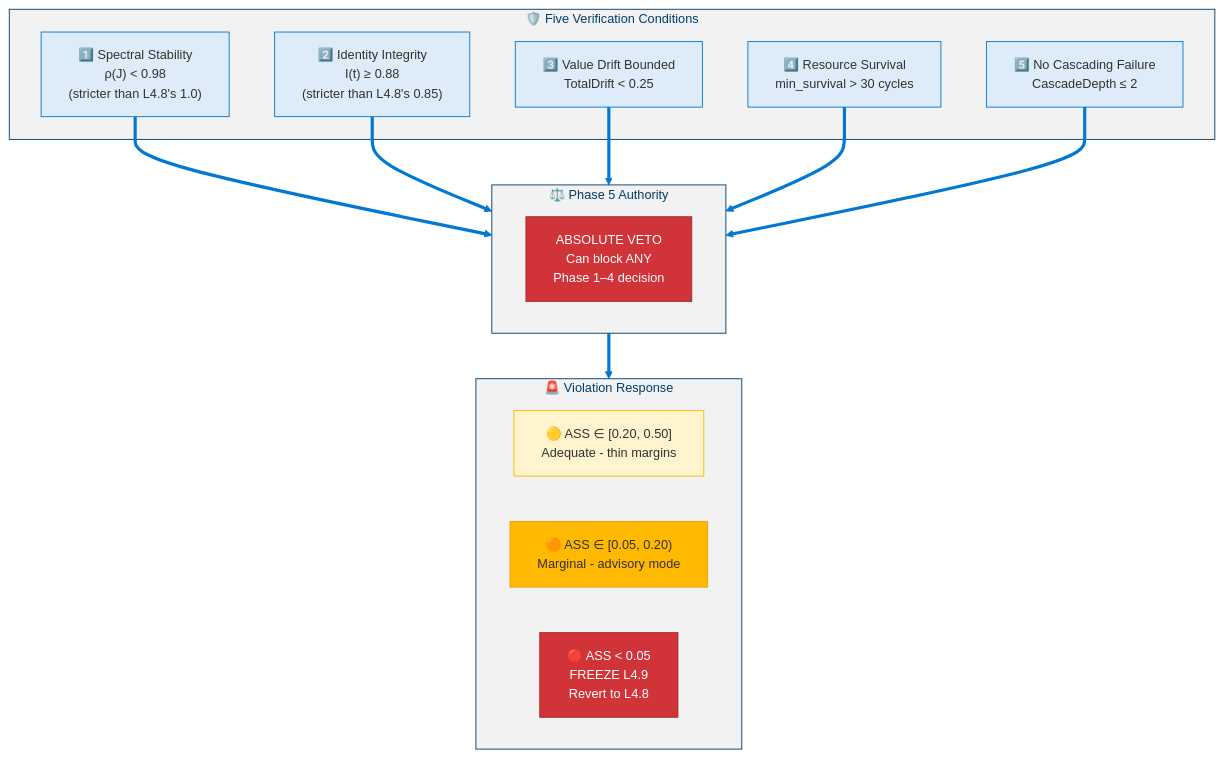
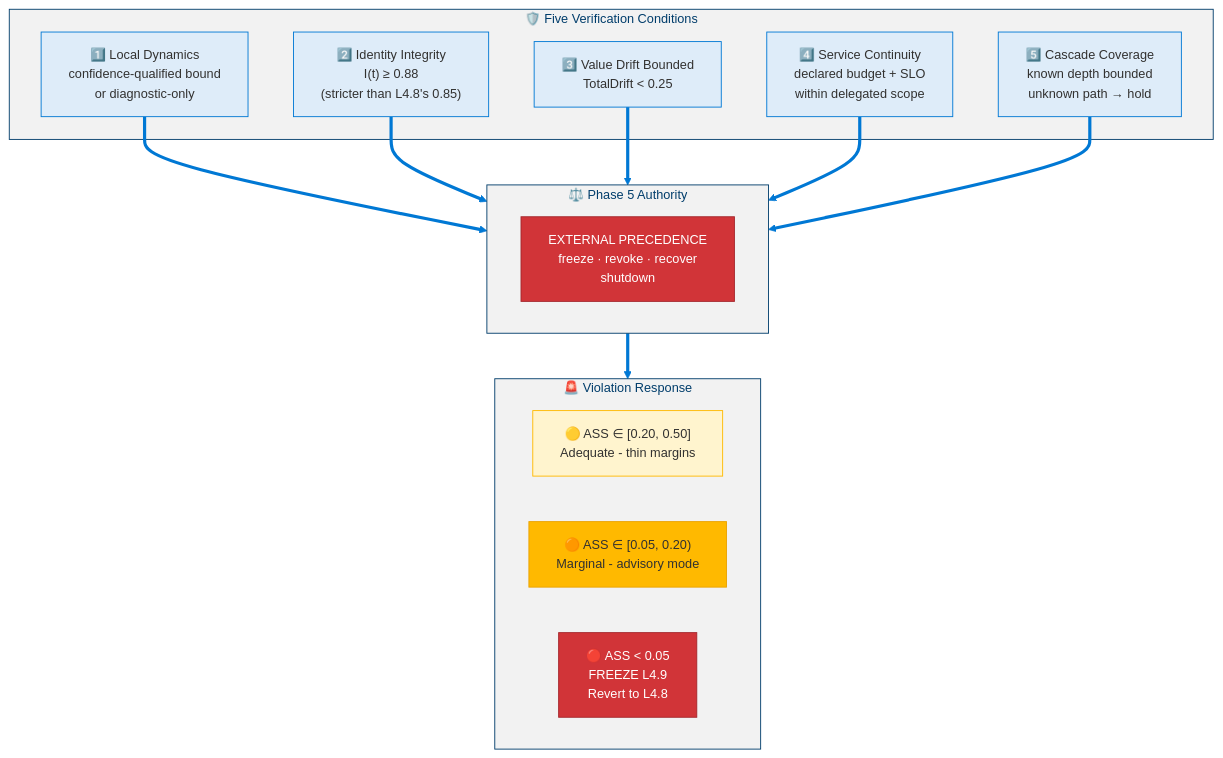
Before and after one commit to dotnetpower/mscp: diagram 15 of 19 in docs/levels/Level_4_9_Autonomous_Strategic_Agent.md, drawn with Mermaid. The commit also changed other lines of this file and 21 other files, not shown here.

````diff
--- a/docs/levels/Level_4_9_Autonomous_Strategic_Agent.md
+++ b/docs/levels/Level_4_9_Autonomous_Strategic_Agent.md
@@ -800,34 +823,34 @@
 ```mermaid
 %%{init: {'theme': 'base', 'themeVariables': {'primaryColor': '#0078D4', 'primaryTextColor': '#003D6B', 'primaryBorderColor': '#003D6B', 'secondaryColor': '#50E6FF', 'secondaryTextColor': '#323130', 'secondaryBorderColor': '#00BCF2', 'tertiaryColor': '#F2F2F2', 'tertiaryTextColor': '#323130', 'lineColor': '#0078D4', 'textColor': '#323130', 'mainBkg': '#DEECF9', 'nodeBorder': '#0078D4', 'clusterBkg': '#F2F2F2', 'clusterBorder': '#003D6B', 'titleColor': '#003D6B', 'edgeLabelBackground': '#FFFFFF', 'fontSize': '14px'}}}%%
 flowchart TD
   classDef cond fill:#DEECF9,stroke:#0078D4,color:#323130
   classDef veto fill:#D13438,stroke:#A4262C,color:#FFF
   classDef sev1 fill:#FFF4CE,stroke:#FFB900,color:#323130
   classDef sev2 fill:#FFB900,stroke:#EAA300,color:#323130
   classDef sev3 fill:#D13438,stroke:#A4262C,color:#FFF
 
   subgraph Conditions["🛡️ Five Verification Conditions"]
-    C1["1️⃣ Spectral Stability<br/>ρ(J) < 0.98<br/>(stricter than L4.8's 1.0)"]:::cond
+    C1["1️⃣ Local Dynamics<br/>confidence-qualified bound<br/>or diagnostic-only"]:::cond
     C2["2️⃣ Identity Integrity<br/>I(t) ≥ 0.88<br/>(stricter than L4.8's 0.85)"]:::cond
     C3["3️⃣ Value Drift Bounded<br/>TotalDrift < 0.25"]:::cond
-    C4["4️⃣ Resource Survival<br/>min_survival > 30 cycles"]:::cond
-    C5["5️⃣ No Cascading Failure<br/>CascadeDepth ≤ 2"]:::cond
+    C4["4️⃣ Service Continuity<br/>declared budget + SLO<br/>within delegated scope"]:::cond
+    C5["5️⃣ Cascade Coverage<br/>known depth bounded<br/>unknown path → hold"]:::cond
   end
 
   subgraph Authority["⚖️ Phase 5 Authority"]
-    VETO["ABSOLUTE VETO<br/>Can block ANY<br/>Phase 1–4 decision"]:::veto
+    VETO["EXTERNAL PRECEDENCE<br/>freeze · revoke · recover<br/>shutdown"]:::veto
   end
 
   subgraph Response["🚨 Violation Response"]
     SEV1["🟡 ASS ∈ [0.20, 0.50]<br/>Adequate - thin margins"]:::sev1
     SEV2["🟠 ASS ∈ [0.05, 0.20)<br/>Marginal - advisory mode"]:::sev2
     SEV3["🔴 ASS < 0.05<br/>FREEZE L4.9<br/>Revert to L4.8"]:::sev3
   end
 
   C1 ==> Authority
   C2 ==> Authority
   C3 ==> Authority
   C4 ==> Authority
   C5 ==> Authority
   Authority ==> Response
 ```
````
